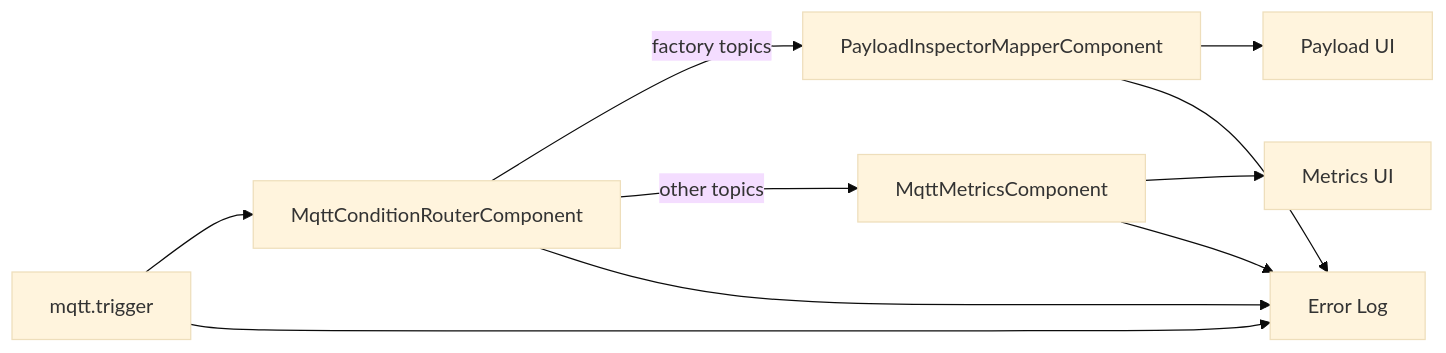
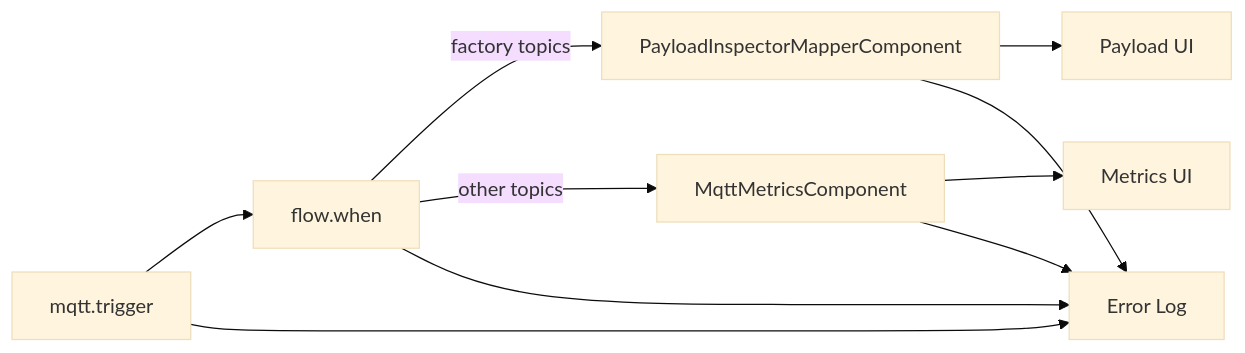
Diagram 17 of 19 in docs/flow-components.md (araxis/FluxMq), drawn with Mermaid (base theme) before and after one commit. The commit also changed other lines of this file and 35 other files, not shown here.

````diff
--- a/docs/flow-components.md
+++ b/docs/flow-components.md
@@ -646,12 +641,12 @@
 ```mermaid
 flowchart LR
-    Source["mqtt.trigger"] --> Router["MqttConditionRouterComponent"]
+    Source["mqtt.trigger"] --> Router["flow.when"]
     Router -->|factory topics| Inspector["PayloadInspectorMapperComponent"]
     Router -->|other topics| Metrics["MqttMetricsComponent"]
     Inspector --> Ui["Payload UI"]
     Metrics --> MetricsUi["Metrics UI"]
     Source --> ErrorLog["Error Log"]
     Router --> ErrorLog
     Inspector --> ErrorLog
     Metrics --> ErrorLog
 ```
````
